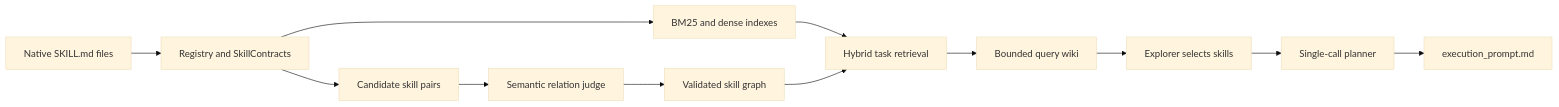
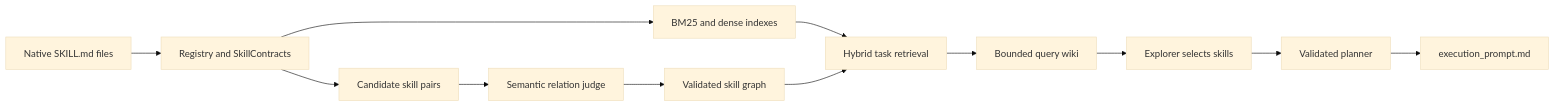
One commit to zjunlp/SkillNet-Fabric changed the diagram in README.md. Above: the diagram before and after it, drawn with Mermaid (base theme). The commit also changed other lines of this file and 19 other files, not shown here.

````diff
--- a/README.md
+++ b/README.md
@@ -99,14 +99,14 @@
 ```mermaid
 flowchart LR
     A["Native SKILL.md files"] --> B["Registry and SkillContracts"]
     B --> C["BM25 and dense indexes"]
     B --> D["Candidate skill pairs"]
     D --> E["Semantic relation judge"]
     E --> F["Validated skill graph"]
     C --> G["Hybrid task retrieval"]
     F --> G
     G --> H["Bounded query wiki"]
     H --> I["Explorer selects skills"]
-    I --> J["Single-call planner"]
+    I --> J["Validated planner"]
     J --> K["execution_prompt.md"]
 ```
````
